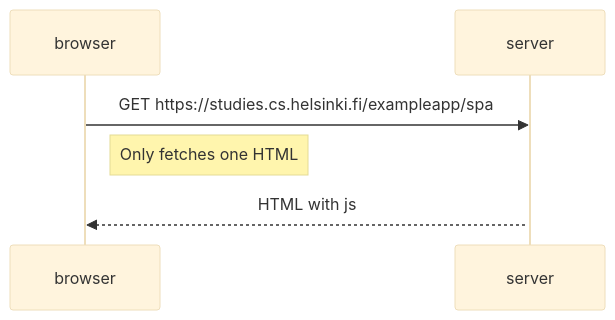
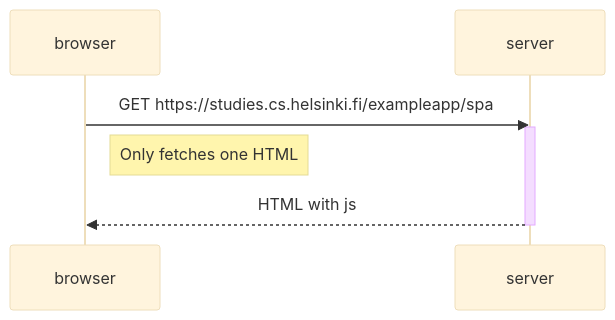
Before and after one commit to jarandtomter/FullStackOpen: the diagram in part 0/exercise_0_5.md, drawn with Mermaid (base theme).

`````diff
--- a/part 0/exercise_0_5.md
+++ b/part 0/exercise_0_5.md
@@ -1,11 +1,12 @@
 ```mermaid
 sequenceDiagram
   participant browser
   participant server
 
   browser->>server: GET https://studies.cs.helsinki.fi/exampleapp/spa
   activate server
 Note right of browser: Only fetches one HTML
   server-->>browser: HTML with js
+  deactivate server
 
 ````
`````
